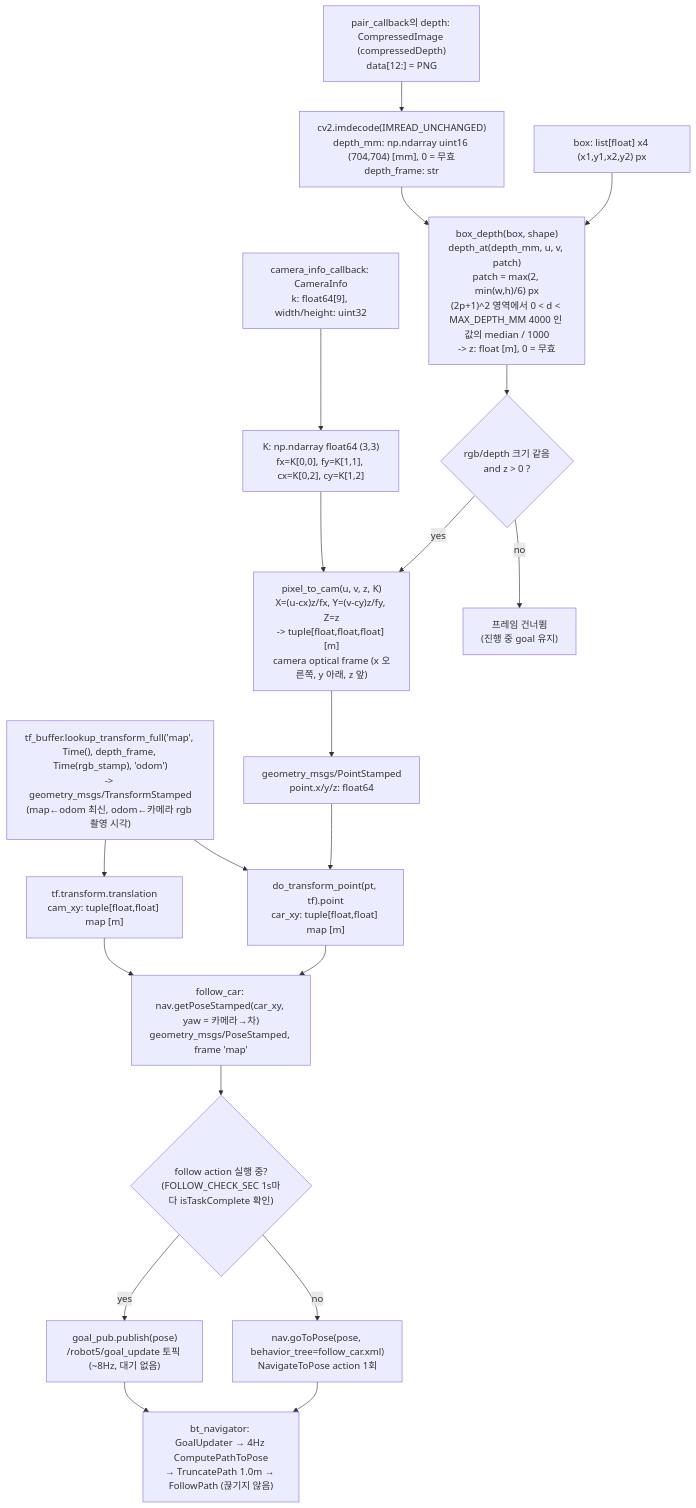
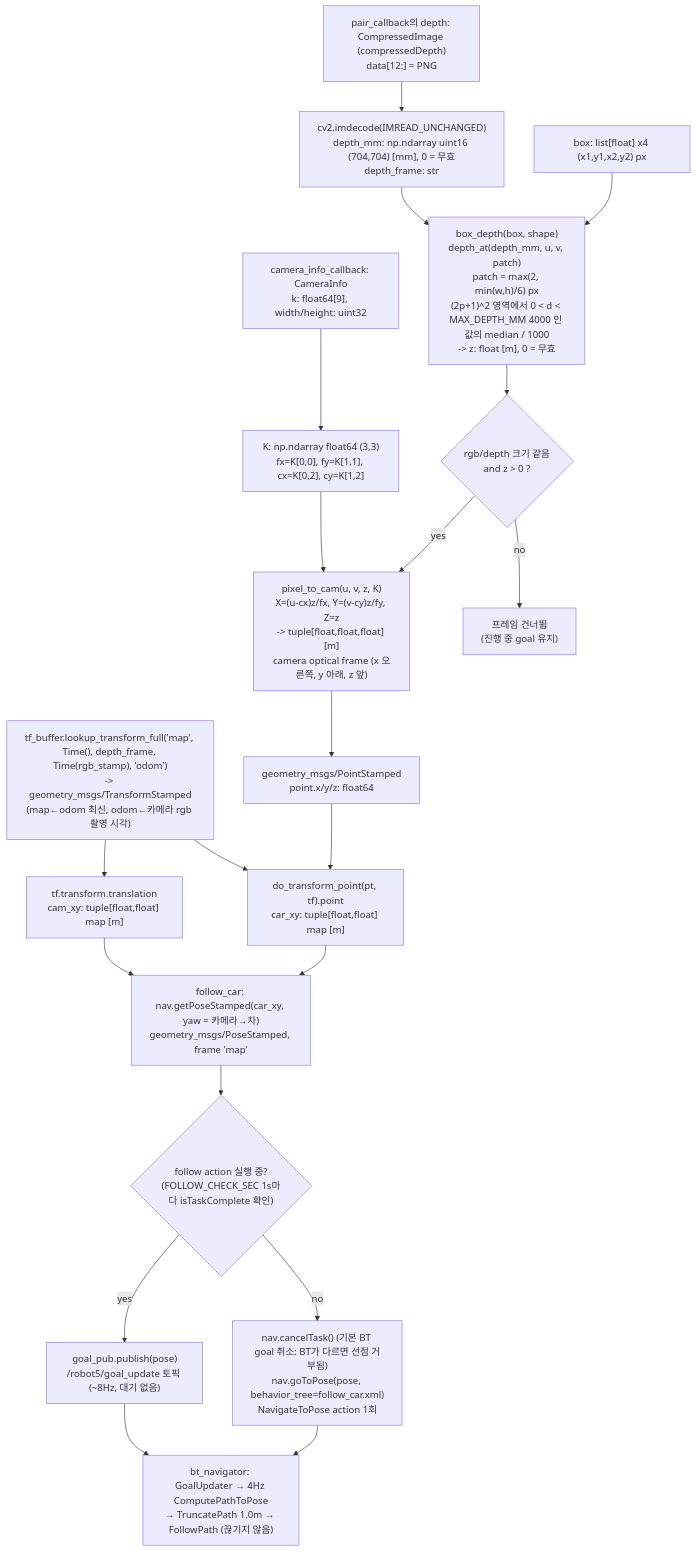
The fifth of 7 diagrams in docs/architecture.md (choicsh/cobot4_ws_miniproject), drawn with Mermaid before and after one commit. The commit also changed other lines of this file and 2 other files, not shown here.

Commit message:
fix(mission): follow action 전에 실행 중인 goal 취소 (BT가 다르면 선점 거부)
NAVIGATE goal(기본 BT) 실행 중 follow_car.xml goal을 보내면 bt_navigator가
"Preemption request was rejected since the requested BT XML file is not the same"로
거부해 로봇이 webcam goal로 계속 갔다.

````diff
--- a/docs/architecture.md
+++ b/docs/architecture.md
@@ -150,22 +150,22 @@
 ```mermaid
 flowchart TD
     D0["pair_callback의 depth: CompressedImage (compressedDepth)<br/>data[12:] = PNG"] --> D1["cv2.imdecode(IMREAD_UNCHANGED)<br/>depth_mm: np.ndarray uint16 (704,704) [mm], 0 = 무효<br/>depth_frame: str"]
     K0["camera_info_callback: CameraInfo<br/>k: float64[9], width/height: uint32"] --> K1["K: np.ndarray float64 (3,3)<br/>fx=K[0,0], fy=K[1,1], cx=K[0,2], cy=K[1,2]"]
     BOX["box: list[float] x4 (x1,y1,x2,y2) px"] --> Z
     D1 --> Z["box_depth(box, shape)<br/>depth_at(depth_mm, u, v, patch)<br/>patch = max(2, min(w,h)/6) px<br/>(2p+1)^2 영역에서 0 < d < MAX_DEPTH_MM 4000 인 값의 median / 1000<br/>-> z: float [m], 0 = 무효"]
     Z --> CHK{"rgb/depth 크기 같음<br/>and z > 0 ?"}
     CHK -- no --> SKIP["프레임 건너뜀<br/>(진행 중 goal 유지)"]
     CHK -- yes --> P["pixel_to_cam(u, v, z, K)<br/>X=(u-cx)z/fx, Y=(v-cy)z/fy, Z=z<br/>-> tuple[float,float,float] [m]<br/>camera optical frame (x 오른쪽, y 아래, z 앞)"]
     K1 --> P
     TF0["tf_buffer.lookup_transform_full('map', Time(), depth_frame, Time(rgb_stamp), 'odom')<br/>-> geometry_msgs/TransformStamped<br/>(map←odom 최신, odom←카메라 rgb 촬영 시각)"] --> T
     P --> PS["geometry_msgs/PointStamped<br/>point.x/y/z: float64"]
     PS --> T["do_transform_point(pt, tf).point<br/>car_xy: tuple[float,float] map [m]"]
     TF0 --> CAM["tf.transform.translation<br/>cam_xy: tuple[float,float] map [m]"]
     T --> PO["follow_car: nav.getPoseStamped(car_xy, yaw = 카메라→차)<br/>geometry_msgs/PoseStamped, frame 'map'"]
     CAM --> PO
     PO --> FQ{"follow action 실행 중?<br/>(FOLLOW_CHECK_SEC 1s마다 isTaskComplete 확인)"}
-    FQ -- no --> GO["nav.goToPose(pose, behavior_tree=follow_car.xml)<br/>NavigateToPose action 1회"]
+    FQ -- no --> GO["nav.cancelTask() (기본 BT goal 취소: BT가 다르면 선점 거부됨)<br/>nav.goToPose(pose, behavior_tree=follow_car.xml)<br/>NavigateToPose action 1회"]
     FQ -- yes --> GU["goal_pub.publish(pose)<br/>/robot5/goal_update 토픽 (~8Hz, 대기 없음)"]
     GU --> BT["bt_navigator: GoalUpdater → 4Hz ComputePathToPose<br/>→ TruncatePath 1.0m → FollowPath (끊기지 않음)"]
     GO --> BT
 ```
````
